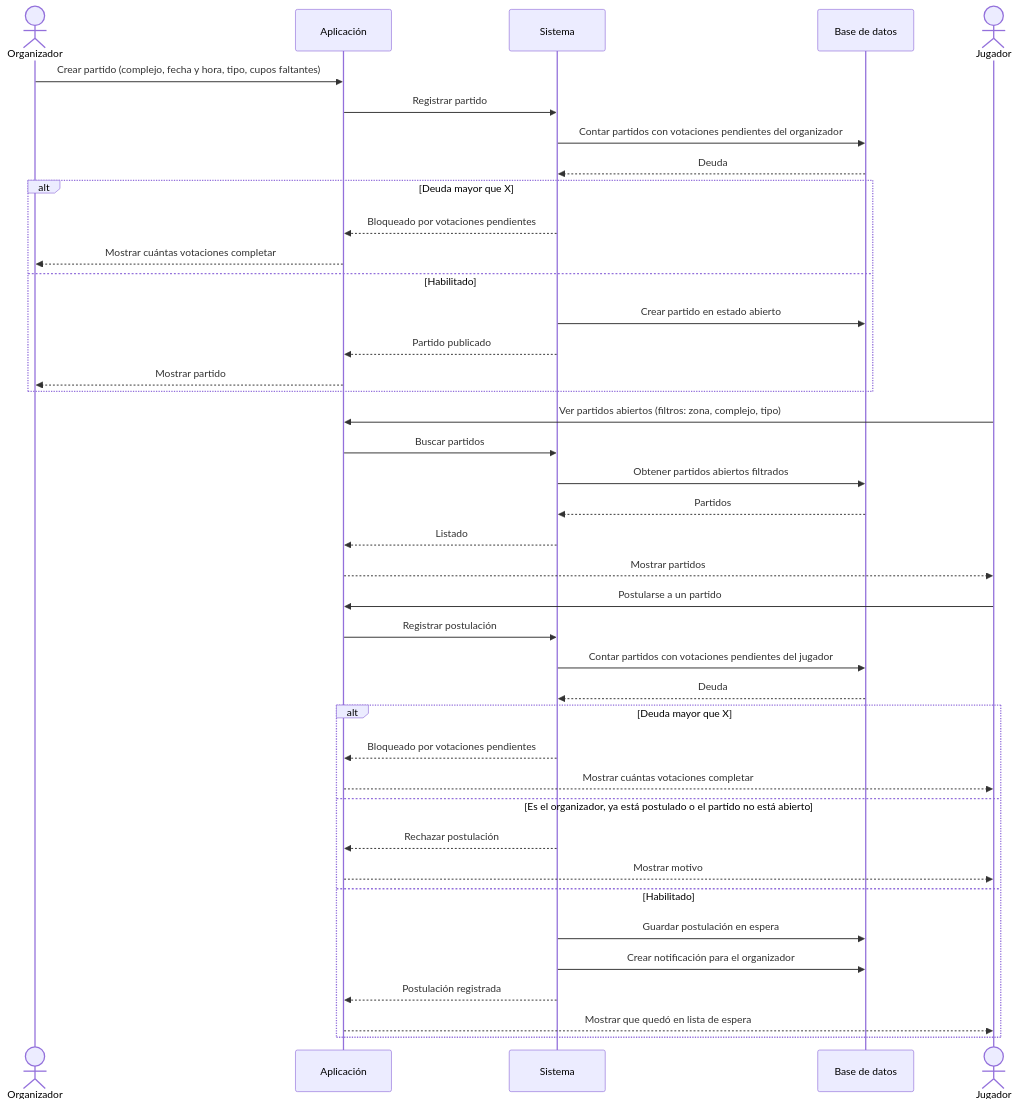
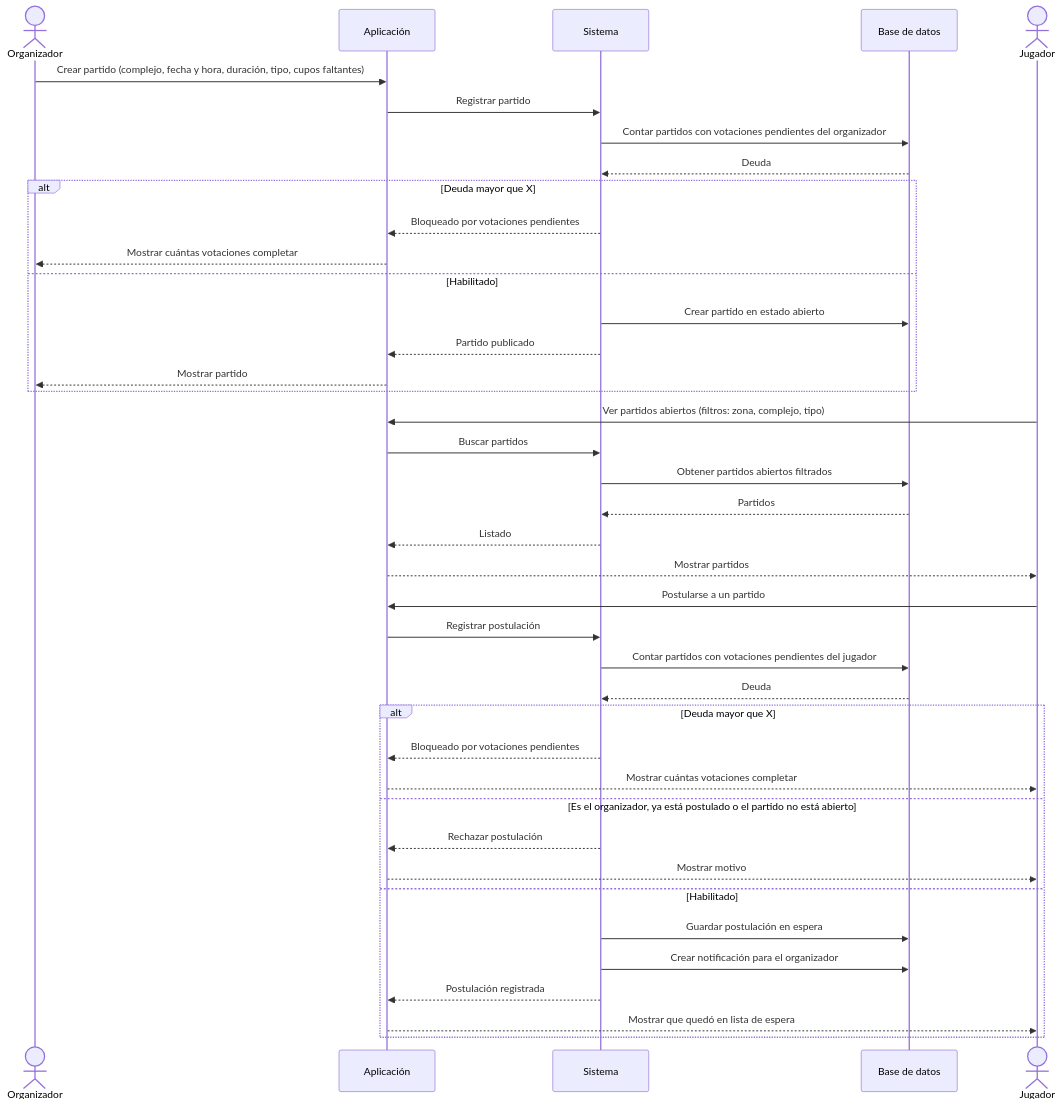
Before and after one commit to nvranco/fulvo: the diagram in docs/diagramas/02-publicar-partido-y-postularse.md, drawn with Mermaid. The commit also changed other lines of this file and 5 other files, not shown here.

First line of the commit message:
docs: alineo los diagramas de secuencia con el modelo

````diff
--- a/docs/diagramas/02-publicar-partido-y-postularse.md
+++ b/docs/diagramas/02-publicar-partido-y-postularse.md
@@ -5,45 +3,45 @@
 ```mermaid
 sequenceDiagram
     actor O as Organizador
     participant A as Aplicación
     participant S as Sistema
     participant BD as Base de datos
     actor J as Jugador
 
-    O->>A: Crear partido (complejo, fecha y hora, tipo, cupos faltantes)
+    O->>A: Crear partido (complejo, fecha y hora, duración, tipo, cupos faltantes)
     A->>S: Registrar partido
     S->>BD: Contar partidos con votaciones pendientes del organizador
     BD-->>S: Deuda
     alt Deuda mayor que X
         S-->>A: Bloqueado por votaciones pendientes
         A-->>O: Mostrar cuántas votaciones completar
     else Habilitado
         S->>BD: Crear partido en estado abierto
         S-->>A: Partido publicado
         A-->>O: Mostrar partido
     end
 
     J->>A: Ver partidos abiertos (filtros: zona, complejo, tipo)
     A->>S: Buscar partidos
     S->>BD: Obtener partidos abiertos filtrados
     BD-->>S: Partidos
     S-->>A: Listado
     A-->>J: Mostrar partidos
 
     J->>A: Postularse a un partido
     A->>S: Registrar postulación
     S->>BD: Contar partidos con votaciones pendientes del jugador
     BD-->>S: Deuda
     alt Deuda mayor que X
         S-->>A: Bloqueado por votaciones pendientes
         A-->>J: Mostrar cuántas votaciones completar
     else Es el organizador, ya está postulado o el partido no está abierto
         S-->>A: Rechazar postulación
         A-->>J: Mostrar motivo
     else Habilitado
         S->>BD: Guardar postulación en espera
         S->>BD: Crear notificación para el organizador
         S-->>A: Postulación registrada
         A-->>J: Mostrar que quedó en lista de espera
     end
 ```
````
